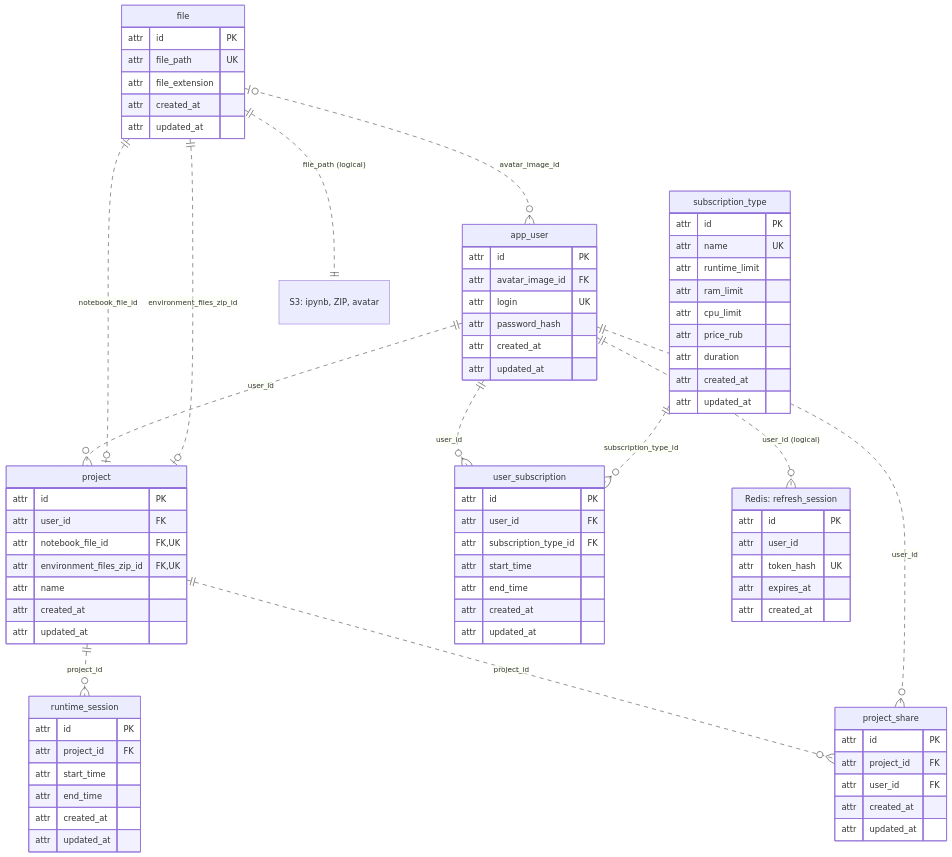
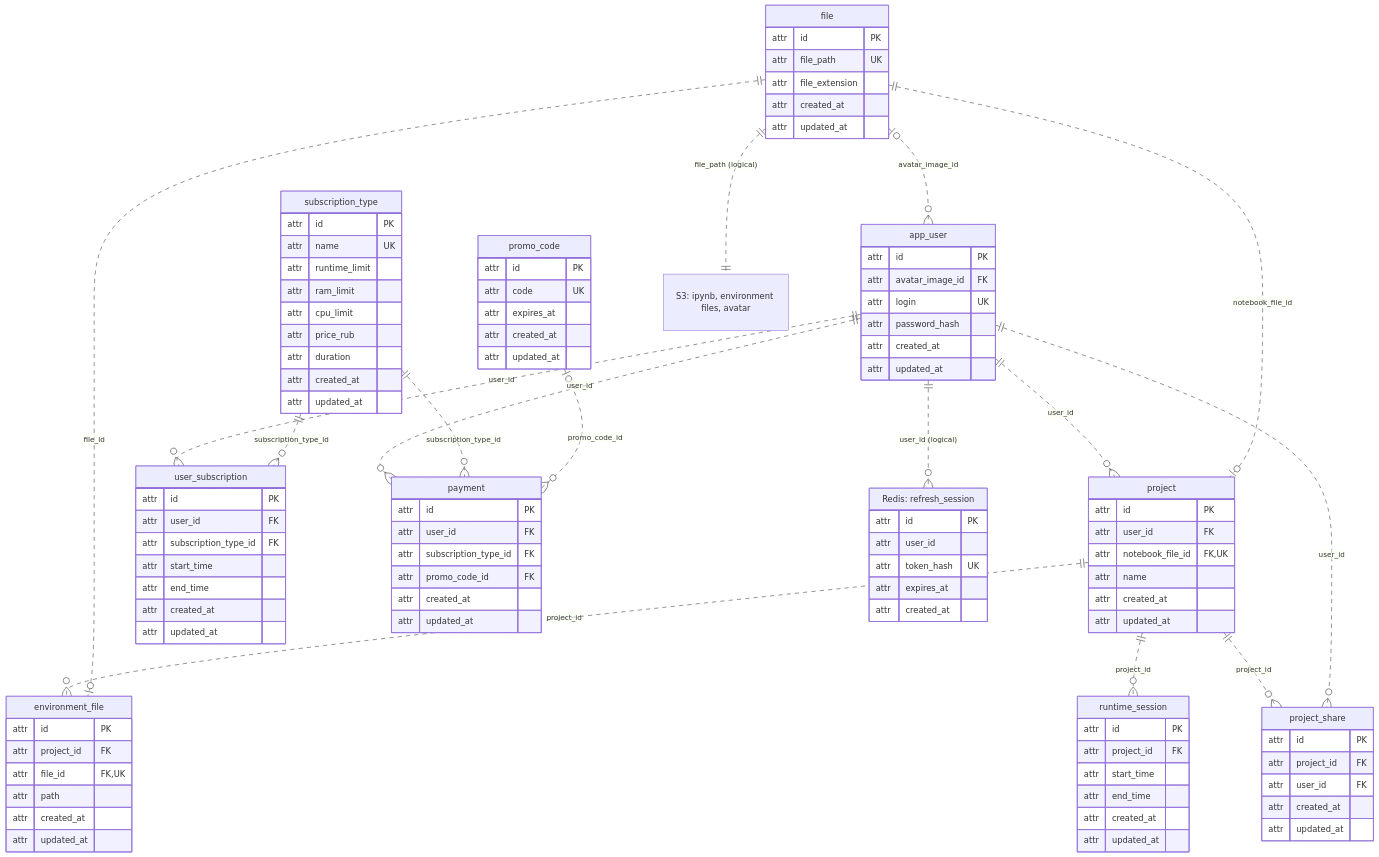
One commit to go-park-mail-ru/2026_2_Cringe_Driven_Development changed the diagram in db/normalized/diagrams.md. Above: the diagram before and after it, drawn with Mermaid. The commit also changed other lines of this file and 4 other files, not shown here.

```diff
--- a/db/normalized/diagrams.md
+++ b/db/normalized/diagrams.md
@@ -27,8 +27,15 @@
         attr id PK
         attr user_id FK
         attr notebook_file_id FK, UK
-        attr environment_files_zip_id FK, UK
         attr name
+        attr created_at
+        attr updated_at
+    }
+    environment_file {
+        attr id PK
+        attr project_id FK
+        attr file_id FK, UK
+        attr path
         attr created_at
         attr updated_at
     }
@@ -67,6 +74,21 @@
         attr created_at
         attr updated_at
     }
+    promo_code {
+        attr id PK
+        attr code UK
+        attr expires_at
+        attr created_at
+        attr updated_at
+    }
+    payment {
+        attr id PK
+        attr user_id FK
+        attr subscription_type_id FK
+        attr promo_code_id FK
+        attr created_at
+        attr updated_at
+    }
     project_share {
         attr id PK
         attr project_id FK
@@ -81,15 +103,19 @@
         attr expires_at
         attr created_at
     }
-    s3["S3: ipynb, ZIP, avatar"]
+    s3["S3: ipynb, environment files, avatar"]
 
     file |o..o{ app_user : "avatar_image_id"
     app_user ||..o{ project : "user_id"
     file ||..o| project : "notebook_file_id"
-    file ||..o| project : "environment_files_zip_id"
+    project ||..o{ environment_file : "project_id"
+    file ||..o| environment_file : "file_id"
     project ||..o{ runtime_session : "project_id"
     app_user ||..o{ user_subscription : "user_id"
     subscription_type ||..o{ user_subscription : "subscription_type_id"
+    app_user ||..o{ payment : "user_id"
+    subscription_type ||..o{ payment : "subscription_type_id"
+    promo_code |o..o{ payment : "promo_code_id"
     project ||..o{ project_share : "project_id"
     app_user ||..o{ project_share : "user_id"
     app_user ||..o{ refresh_session : "user_id (logical)"
```
